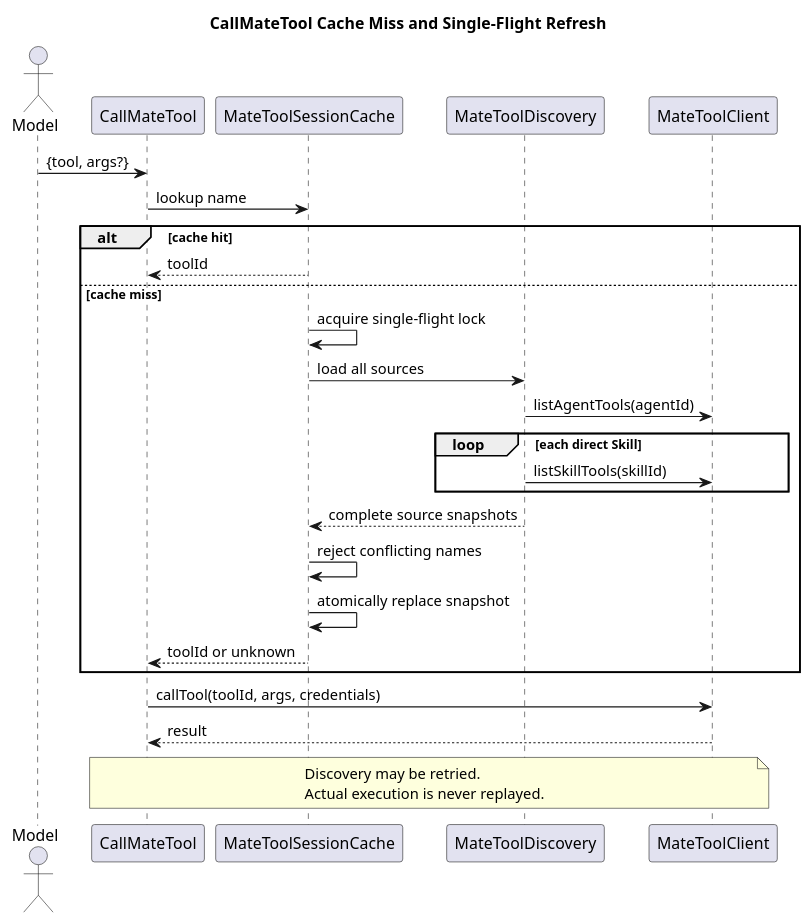
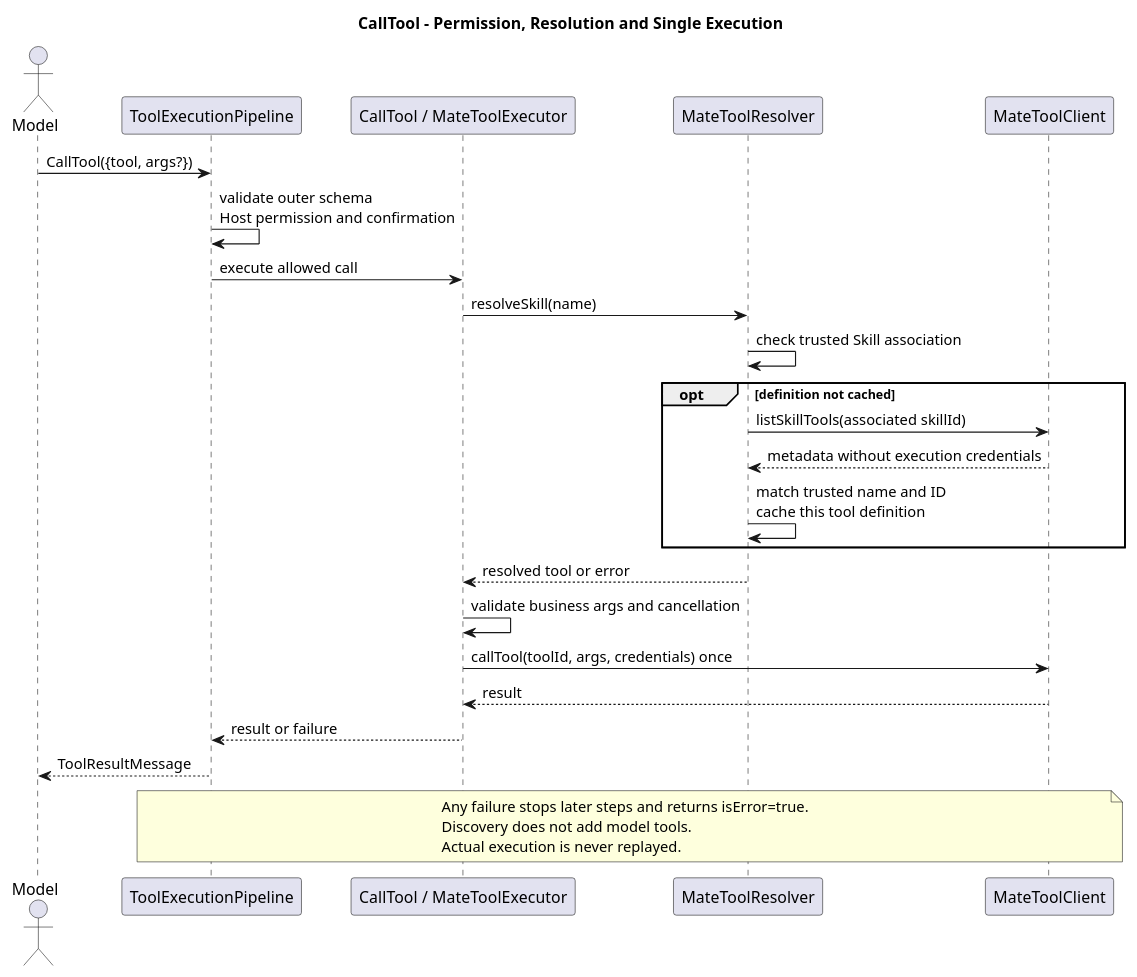
The fourth of 4 diagrams in docs/designs/tool-system-v2/diagram.puml (2862282695gjh-afk/pi-mono-java), drawn with PlantUML before and after one commit. The commit also changed other lines of this file and 36 other files, not shown here.

Commit message:
fix(tool): 对齐 Skill 正文读取与工具设计说明

```diff
--- a/docs/designs/tool-system-v2/diagram.puml
+++ b/docs/designs/tool-system-v2/diagram.puml
@@ -120,39 +127,39 @@
 @startuml mate_call_refresh
-' Pre-change implementation baseline: CampusClaw 320d790726a70aada6100052952d5494d2a378ac.
-' Source evidence: modules/coding-agent-cli/src/main/java/com/campusclaw/codingagent/tool/mate/CallMateTool.java, execute
-' Source evidence: modules/coding-agent-cli/src/main/java/com/campusclaw/codingagent/tool/mate/MateToolSessionCache.java, resolveOrRefresh
-' Source evidence: modules/coding-agent-cli/src/main/java/com/campusclaw/codingagent/tool/mate/MateToolDiscovery.java, loadAllSources
-' Observed behavior: a miss refreshes the complete Agent plus direct-Skill tool set once.
-' Security hardening: cache-miss discovery never receives the execution credential values.
+' Implementation baseline: CampusClaw c2b41723702cedfe167ec2cda68c6db65c39b0fa.
+' Source evidence: modules/agent-core/src/main/java/com/campusclaw/agent/tool/ToolExecutionPipeline.java, execute
+' Source evidence: modules/coding-agent-cli/src/main/java/com/campusclaw/codingagent/tool/mate/CallTool.java, execute
+' Source evidence: modules/coding-agent-cli/src/main/java/com/campusclaw/codingagent/tool/mate/MateToolResolver.java, resolveSkill, loadSkillTool
+' Source evidence: modules/coding-agent-cli/src/main/java/com/campusclaw/codingagent/tool/mate/MateToolExecutor.java, executeSkill, validateArguments
+' Observed behavior: CallTool resolves only direct Skill associations and validates business args before HTTP.
+' Design reason: association constrains resolution; the Host hook separately checks permission and confirmation.
 skinparam shadowing false
-title CallMateTool Cache Miss and Single-Flight Refresh
+title CallTool - Permission, Resolution and Single Execution
 
 actor Model
-participant CallMateTool as Call
-participant MateToolSessionCache as Cache
-participant MateToolDiscovery as Discovery
-participant MateToolClient as Mate
+participant "ToolExecutionPipeline" as Pipeline
+participant "CallTool / MateToolExecutor" as Call
+participant "MateToolResolver" as Resolver
+participant "MateToolClient" as Mate
 
-Model -> Call : {tool, args?}
-Call -> Cache : lookup name
-alt cache hit
-  Cache --> Call : toolId
-else cache miss
-  Cache -> Cache : acquire single-flight lock
-  Cache -> Discovery : load all sources
-  Discovery -> Mate : listAgentTools(agentId)
-  loop each direct Skill
-    Discovery -> Mate : listSkillTools(skillId)
-  end
-  Discovery --> Cache : complete source snapshots
-  Cache -> Cache : reject conflicting names
-  Cache -> Cache : atomically replace snapshot
-  Cache --> Call : toolId or unknown
+Model -> Pipeline : CallTool({tool, args?})
+Pipeline -> Pipeline : validate outer schema\nHost permission and confirmation
+Pipeline -> Call : execute allowed call
+Call -> Resolver : resolveSkill(name)
+Resolver -> Resolver : check trusted Skill association
+opt definition not cached
+  Resolver -> Mate : listSkillTools(associated skillId)
+  Mate --> Resolver : metadata without execution credentials
+  Resolver -> Resolver : match trusted name and ID\ncache this tool definition
 end
-Call -> Mate : callTool(toolId, args, credentials)
+Resolver --> Call : resolved tool or error
+Call -> Call : validate business args and cancellation
+Call -> Mate : callTool(toolId, args, credentials) once
 Mate --> Call : result
-note over Call,Mate
-  Discovery may be retried.
+Call --> Pipeline : result or failure
+Pipeline --> Model : ToolResultMessage
+note over Pipeline,Mate
+  Any failure stops later steps and returns isError=true.
+  Discovery does not add model tools.
   Actual execution is never replayed.
 end note
 @enduml
```
